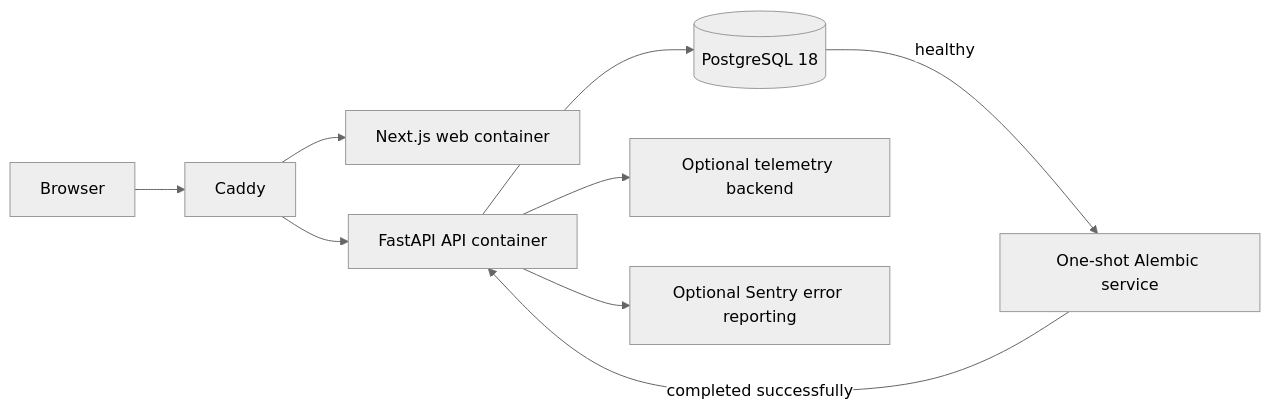
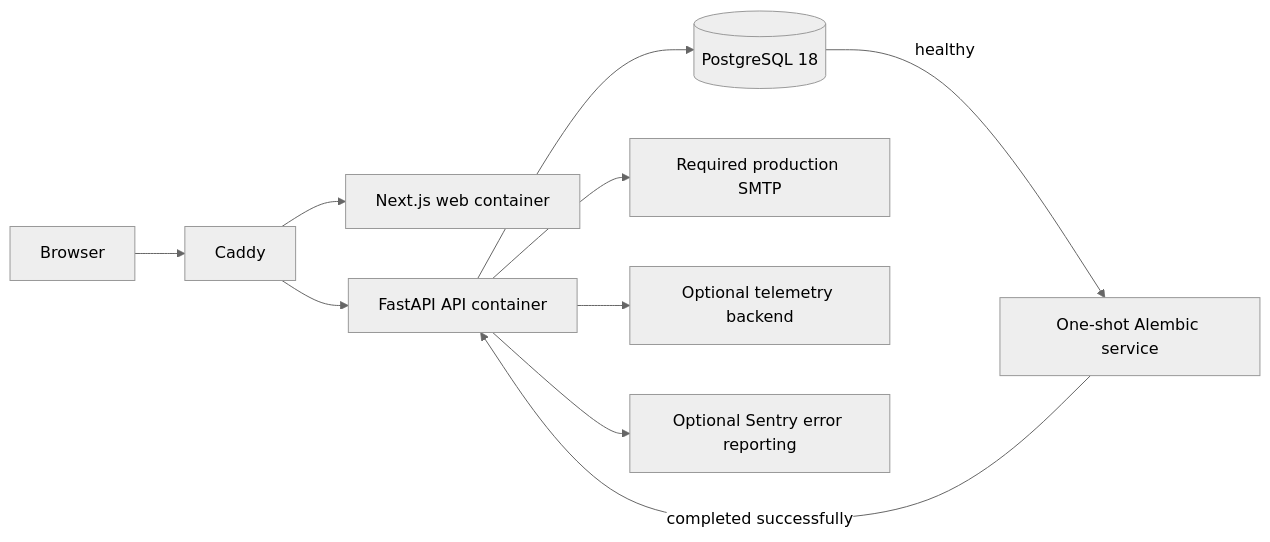
Before and after one commit to gushinets/payments-portal: the diagram in docs/architecture/deployment.md, drawn with Mermaid (neutral theme). The commit also changed other lines of this file and 4 other files, not shown here.

````diff
--- a/docs/architecture/deployment.md
+++ b/docs/architecture/deployment.md
@@ -8,11 +8,12 @@
 ```mermaid
 flowchart LR
   Browser["Browser"] --> Caddy["Caddy"]
   Caddy --> Web["Next.js web container"]
   Caddy --> API["FastAPI API container"]
   DB[("PostgreSQL 18")] -->|"healthy"| Migrate["One-shot Alembic service"]
   Migrate -->|"completed successfully"| API
   API --> DB
+  API --> SMTP["Required production SMTP"]
   API --> OTEL["Optional telemetry backend"]
   API --> Sentry["Optional Sentry error reporting"]
 ```
````
